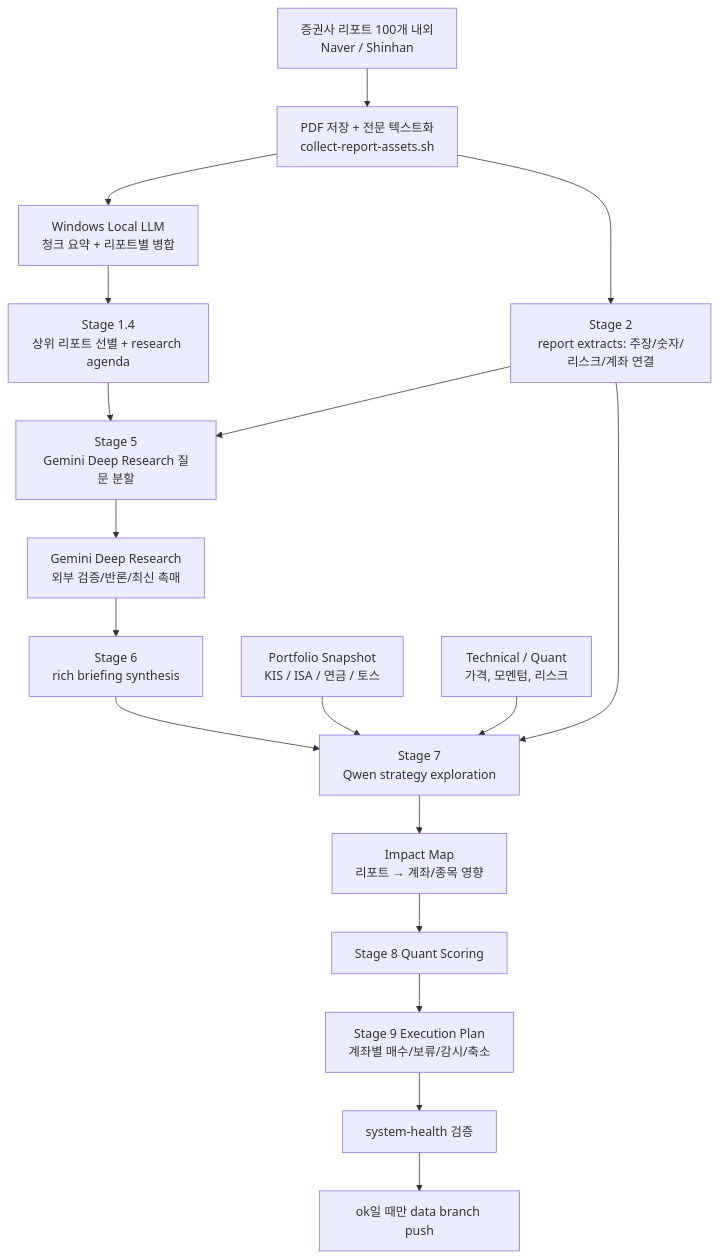
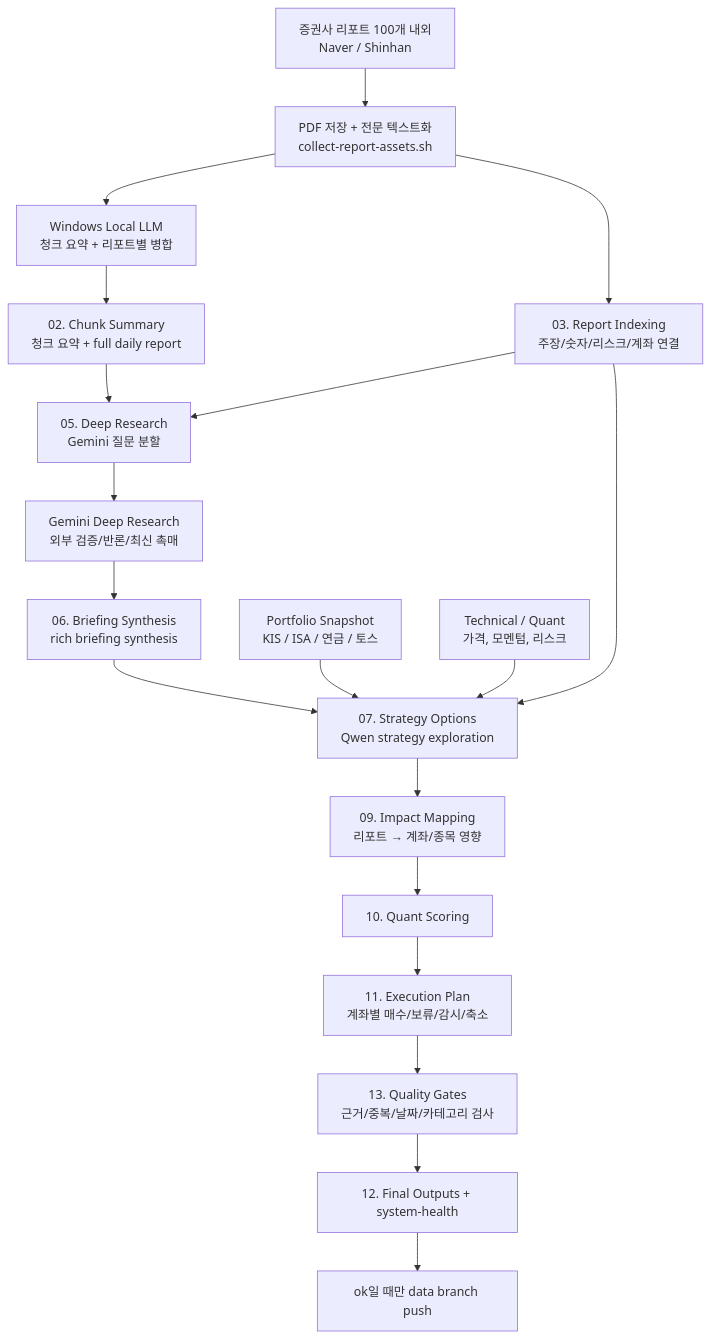
One commit to sgdrudejr/EcoReport changed the first of 2 diagrams in README.md. Above: the diagram before and after it, drawn with Mermaid. The commit also changed other lines of this file and 20 other files, not shown here.

Commit message:
Add EcoReport quality gates and stage names

````diff
--- a/README.md
+++ b/README.md
@@ -68,20 +68,21 @@
 ```mermaid
 flowchart TD
     A["증권사 리포트 100개 내외<br/>Naver / Shinhan"] --> B["PDF 저장 + 전문 텍스트화<br/>collect-report-assets.sh"]
     B --> C["Windows Local LLM<br/>청크 요약 + 리포트별 병합"]
-    C --> D["Stage 1.4<br/>상위 리포트 선별 + research agenda"]
-    B --> E["Stage 2<br/>report extracts: 주장/숫자/리스크/계좌 연결"]
-    D --> F["Stage 5<br/>Gemini Deep Research 질문 분할"]
+    C --> D["02. Chunk Summary<br/>청크 요약 + full daily report"]
+    B --> E["03. Report Indexing<br/>주장/숫자/리스크/계좌 연결"]
+    D --> F["05. Deep Research<br/>Gemini 질문 분할"]
     E --> F
     F --> G["Gemini Deep Research<br/>외부 검증/반론/최신 촉매"]
-    G --> H["Stage 6<br/>rich briefing synthesis"]
-    E --> I["Stage 7<br/>Qwen strategy exploration"]
+    G --> H["06. Briefing Synthesis<br/>rich briefing synthesis"]
+    E --> I["07. Strategy Options<br/>Qwen strategy exploration"]
     H --> I
     J["Portfolio Snapshot<br/>KIS / ISA / 연금 / 토스"] --> I
     K["Technical / Quant<br/>가격, 모멘텀, 리스크"] --> I
-    I --> L["Impact Map<br/>리포트 → 계좌/종목 영향"]
-    L --> M["Stage 8 Quant Scoring"]
-    M --> N["Stage 9 Execution Plan<br/>계좌별 매수/보류/감시/축소"]
-    N --> O["system-health 검증"]
+    I --> L["09. Impact Mapping<br/>리포트 → 계좌/종목 영향"]
+    L --> M["10. Quant Scoring"]
+    M --> N["11. Execution Plan<br/>계좌별 매수/보류/감시/축소"]
+    N --> QG["13. Quality Gates<br/>근거/중복/날짜/카테고리 검사"]
+    QG --> O["12. Final Outputs + system-health"]
     O --> P["ok일 때만 data branch push"]
 ```
````
